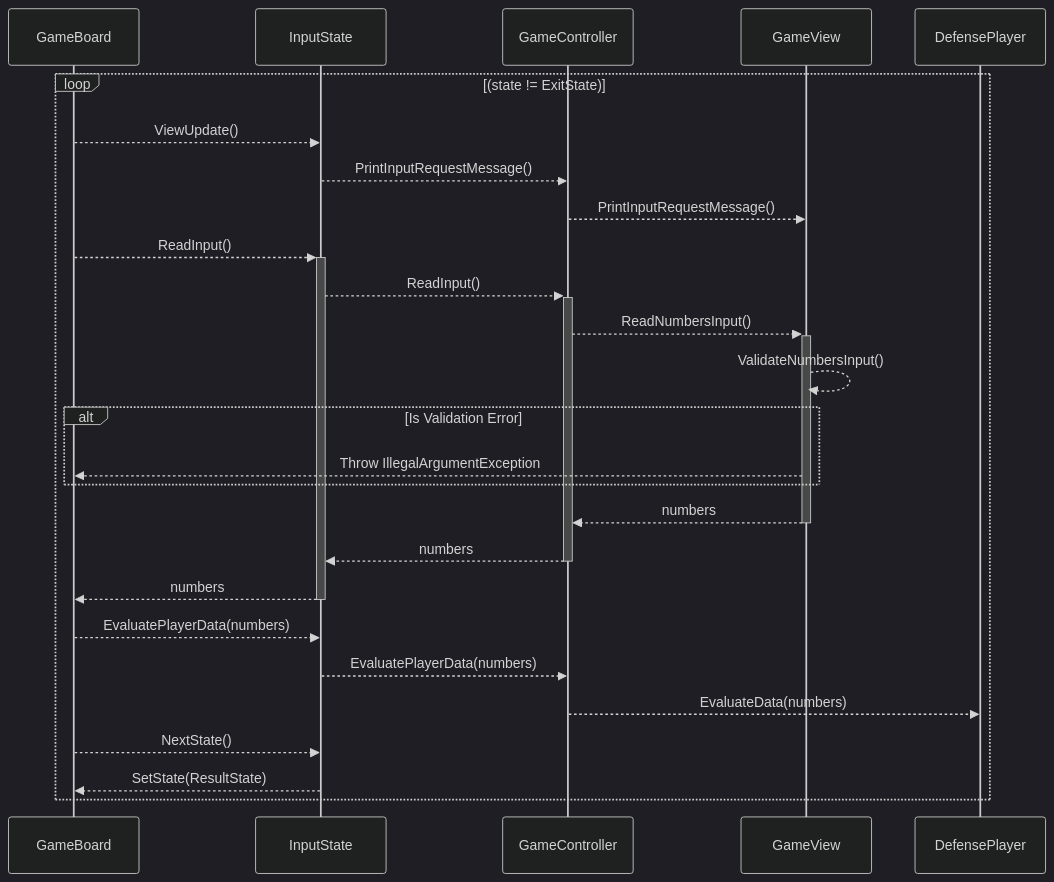
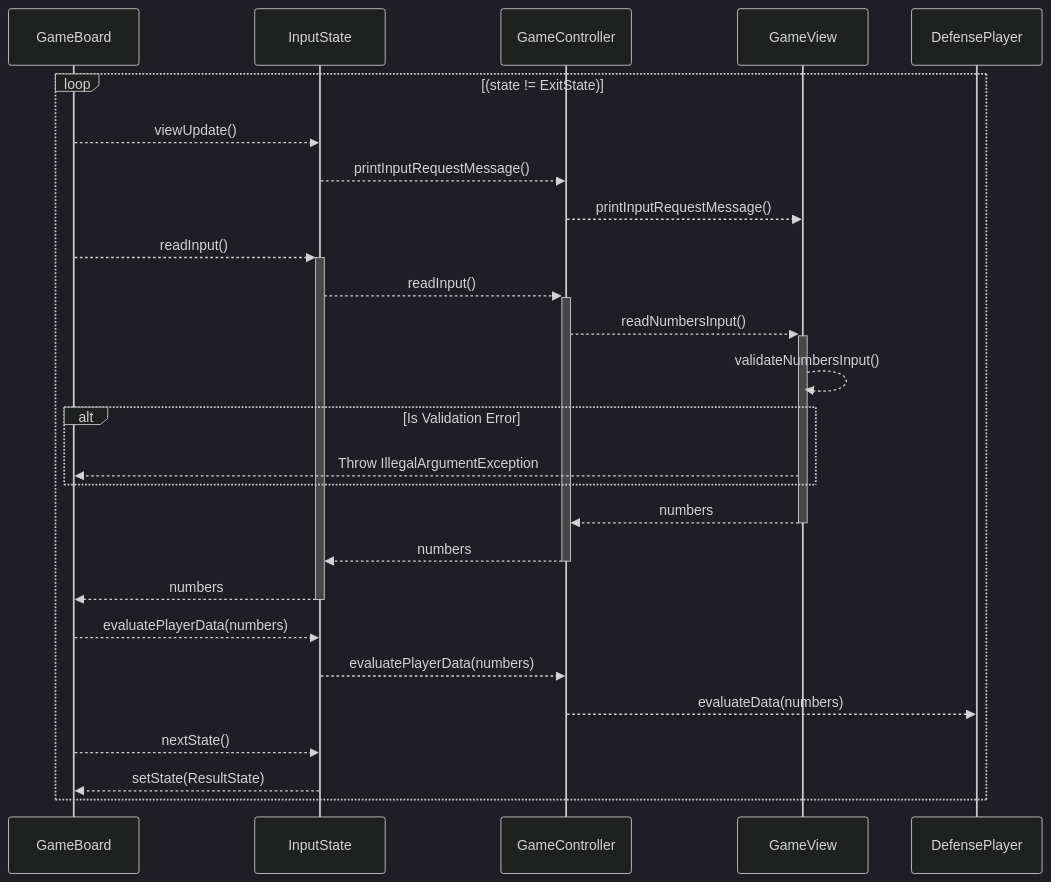
Before and after one commit to digiry/java-baseball-precourse: the third of 7 diagrams in docs/sequence_diagram.md, drawn with Mermaid (dark theme). The commit also changed other lines of this file and 1 other file, not shown here.

````diff
--- a/docs/sequence_diagram.md
+++ b/docs/sequence_diagram.md
@@ -66,32 +66,32 @@
 ```mermaid
 sequenceDiagram
     participant GameBoard
     participant InputState
     participant GameController
     participant GameView
     participant DefensePlayer
 
     loop (state != ExitState)
-        GameBoard -->> InputState: ViewUpdate()
-        InputState -->> GameController: PrintInputRequestMessage()
-        GameController -->> GameView: PrintInputRequestMessage()
+        GameBoard -->> InputState: viewUpdate()
+        InputState -->> GameController: printInputRequestMessage()
+        GameController -->> GameView: printInputRequestMessage()
 
-        GameBoard -->>+ InputState: ReadInput()
-        InputState -->>+ GameController: ReadInput()
-        GameController -->>+ GameView: ReadNumbersInput()
-        GameView -->> GameView: ValidateNumbersInput()
+        GameBoard -->>+ InputState: readInput()
+        InputState -->>+ GameController: readInput()
+        GameController -->>+ GameView: readNumbersInput()
+        GameView -->> GameView: validateNumbersInput()
         alt Is Validation Error
             GameView -->> GameBoard: Throw IllegalArgumentException
         end
         GameView -->>- GameController: numbers
         GameController -->>- InputState: numbers
         InputState -->>- GameBoard: numbers
 
-        GameBoard -->> InputState: EvaluatePlayerData(numbers)
-        InputState -->> GameController: EvaluatePlayerData(numbers)
-        GameController -->> DefensePlayer: EvaluateData(numbers)
+        GameBoard -->> InputState: evaluatePlayerData(numbers)
+        InputState -->> GameController: evaluatePlayerData(numbers)
+        GameController -->> DefensePlayer: evaluateData(numbers)
 
-        GameBoard -->> InputState: NextState()
-        InputState -->> GameBoard: SetState(ResultState)
+        GameBoard -->> InputState: nextState()
+        InputState -->> GameBoard: setState(ResultState)
     end
 ```
````
